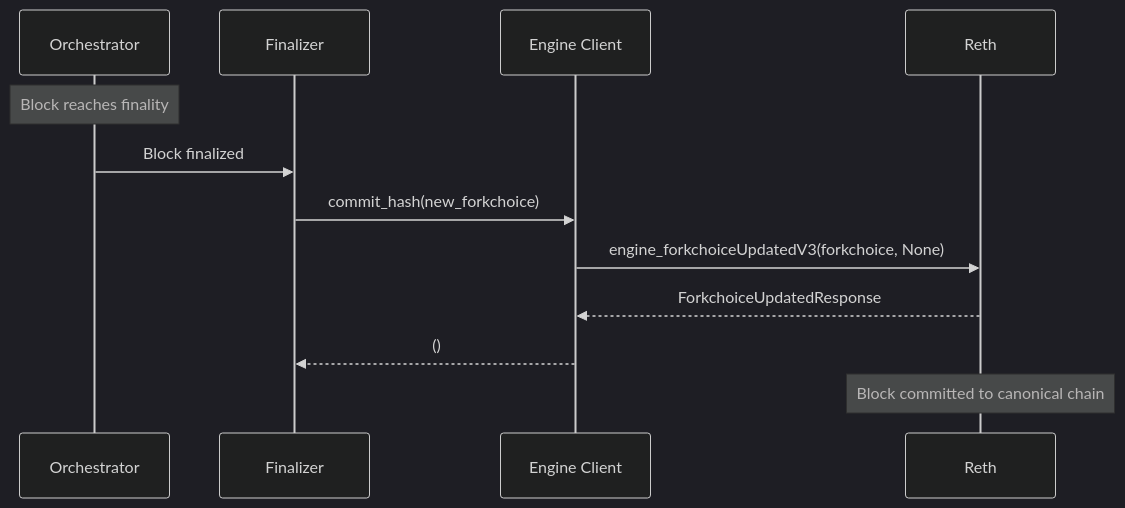
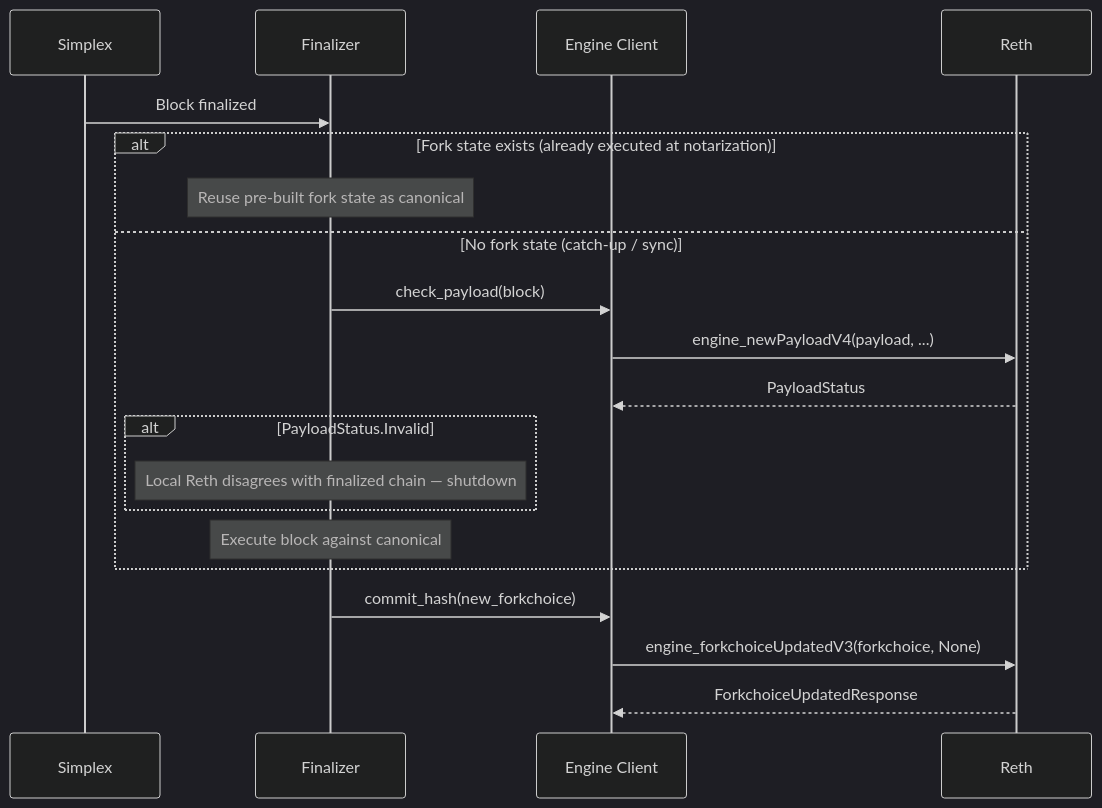
Before and after one commit to SeismicSystems/summit: the third of 3 diagrams in docs/engine-api-integration.md, drawn with Mermaid (dark theme). The commit also changed other lines of this file and 8 other files, not shown here.

First line of the commit message:
feat: check/execute EL payload on certify (#167)

````diff
--- a/docs/engine-api-integration.md
+++ b/docs/engine-api-integration.md
@@ -136,16 +161,25 @@
 ```mermaid
 sequenceDiagram
-    participant O as Orchestrator
+    participant Sx as Simplex
     participant F as Finalizer
     participant E as Engine Client
     participant R as Reth
 
-    Note over O: Block reaches finality
-    O->>F: Block finalized
+    Sx->>F: Block finalized
+
+    alt Fork state exists (already executed at notarization)
+        Note over F: Reuse pre-built fork state as canonical
+    else No fork state (catch-up / sync)
+        F->>E: check_payload(block)
+        E->>R: engine_newPayloadV4(payload, ...)
+        R-->>E: PayloadStatus
+        alt PayloadStatus.Invalid
+            Note over F: Local Reth disagrees with finalized chain — shutdown
+        end
+        Note over F: Execute block against canonical
+    end
+
     F->>E: commit_hash(new_forkchoice)
     E->>R: engine_forkchoiceUpdatedV3(forkchoice, None)
     R-->>E: ForkchoiceUpdatedResponse
-    E-->>F: ()
-
-    Note over R: Block committed to canonical chain
 ```
````
